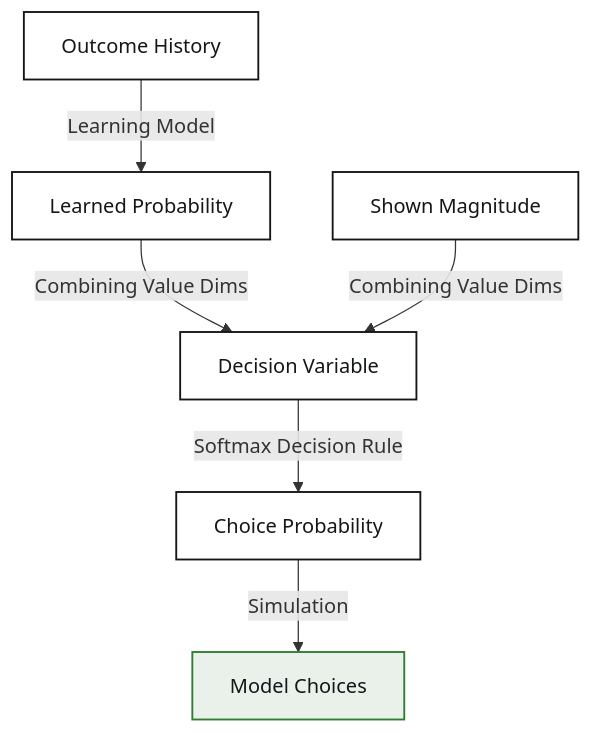
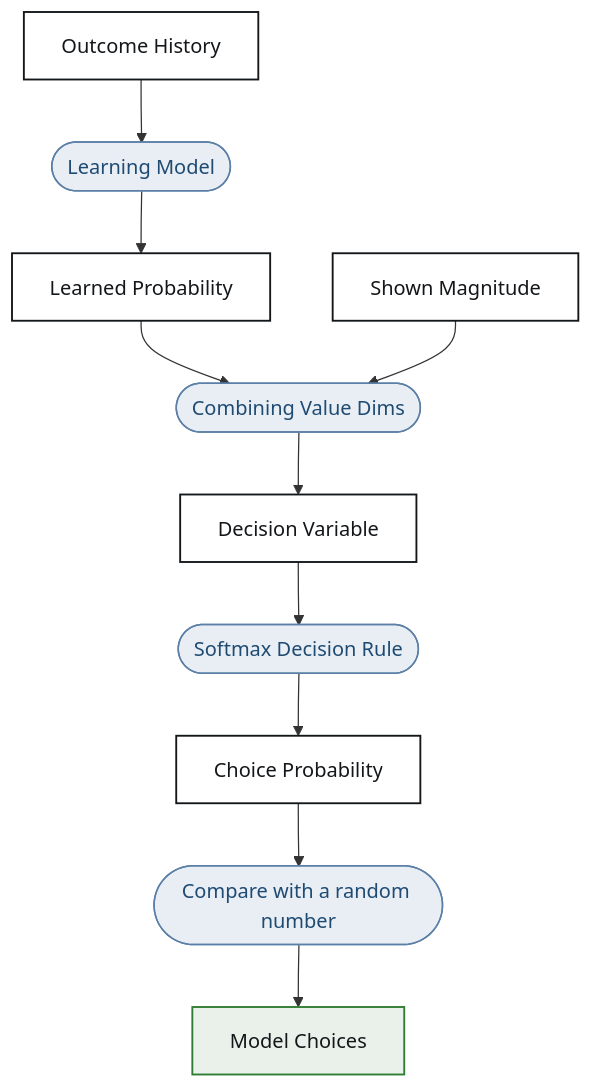
One commit to JanGrohn/ComputationalModelingBlockPractical changed the diagram in docs/session2/diagrams/pipeline-simulate.mmd. Above: the diagram before and after it, drawn with Mermaid. The commit also changed 11 other files, not shown here.

```diff
--- a/docs/session2/diagrams/pipeline-simulate.mmd
+++ b/docs/session2/diagrams/pipeline-simulate.mmd
@@ -1,11 +1,17 @@
 flowchart TD
-  OH["Outcome History"] -->|"Learning Model"| LP["Learned Probability"]
-  LP -->|"Combining Value Dims"| DV["Decision Variable"]
-  SM["Shown Magnitude"] -->|"Combining Value Dims"| DV
-  DV -->|"Softmax Decision Rule"| CP["Choice Probability"]
-  CP -->|"Simulation"| MC["Model Choices"]
+  OH["Outcome History"] --> LM(["Learning Model"])
+  LM --> LP["Learned Probability"]
+  LP --> CV(["Combining Value Dims"])
+  SM["Shown Magnitude"] --> CV
+  CV --> DV["Decision Variable"]
+  DV --> SX(["Softmax Decision Rule"])
+  SX --> CP["Choice Probability"]
+  CP --> SI(["Compare with a random number"])
+  SI --> MC["Model Choices"]
 
   classDef state fill:#ffffff,stroke:#14171a,stroke-width:1.5px,color:#14171a;
+  classDef op fill:#e8eef4,stroke:#5b7fa6,stroke-width:1.2px,color:#1f4b73;
   classDef out fill:#eaf1ea,stroke:#2e7d32,stroke-width:1.5px,color:#14171a;
   class OH,LP,SM,DV,CP state;
+  class LM,CV,SX,SI op;
   class MC out;
```
